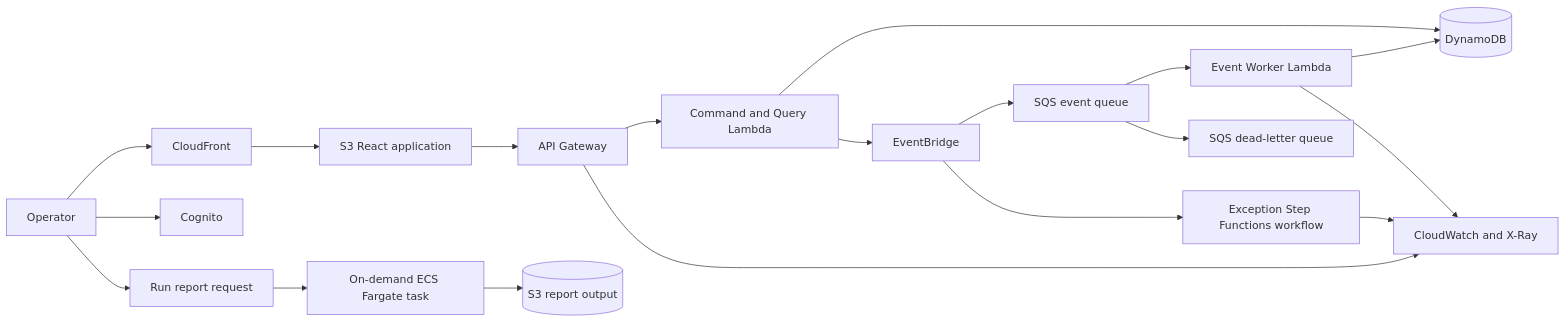
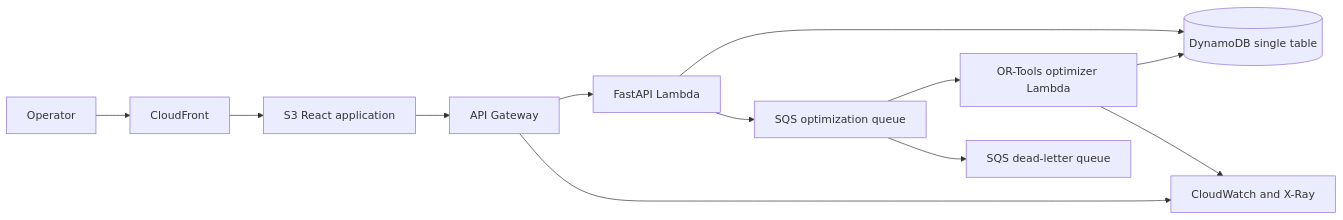
Before and after one commit to signalgap9-del/peachtree-dispatch: the diagram in docs/architecture.md, drawn with Mermaid. The commit also changed other lines of this file and 50 other files, not shown here.

````diff
--- a/docs/architecture.md
+++ b/docs/architecture.md
@@ -29,21 +28,14 @@
 ```mermaid
 flowchart LR
     User[Operator] --> CloudFront
     CloudFront --> Web[S3 React application]
-    User --> Cognito
     Web --> Api[API Gateway]
-    Api --> Commands[Command and Query Lambda]
-    Commands --> Table[(DynamoDB)]
-    Commands --> Bus[EventBridge]
-    Bus --> Queue[SQS event queue]
-    Queue --> Worker[Event Worker Lambda]
+    Api --> Commands[FastAPI Lambda]
+    Commands --> Table[(DynamoDB single table)]
+    Commands --> Queue[SQS optimization queue]
+    Queue --> Worker[OR-Tools optimizer Lambda]
     Worker --> Table
     Queue --> DLQ[SQS dead-letter queue]
-    Bus --> Exceptions[Exception Step Functions workflow]
-    User --> Report[Run report request]
-    Report --> Fargate[On-demand ECS Fargate task]
-    Fargate --> Archive[(S3 report output)]
     Api --> Observability[CloudWatch and X-Ray]
     Worker --> Observability
-    Exceptions --> Observability
 ```
````
